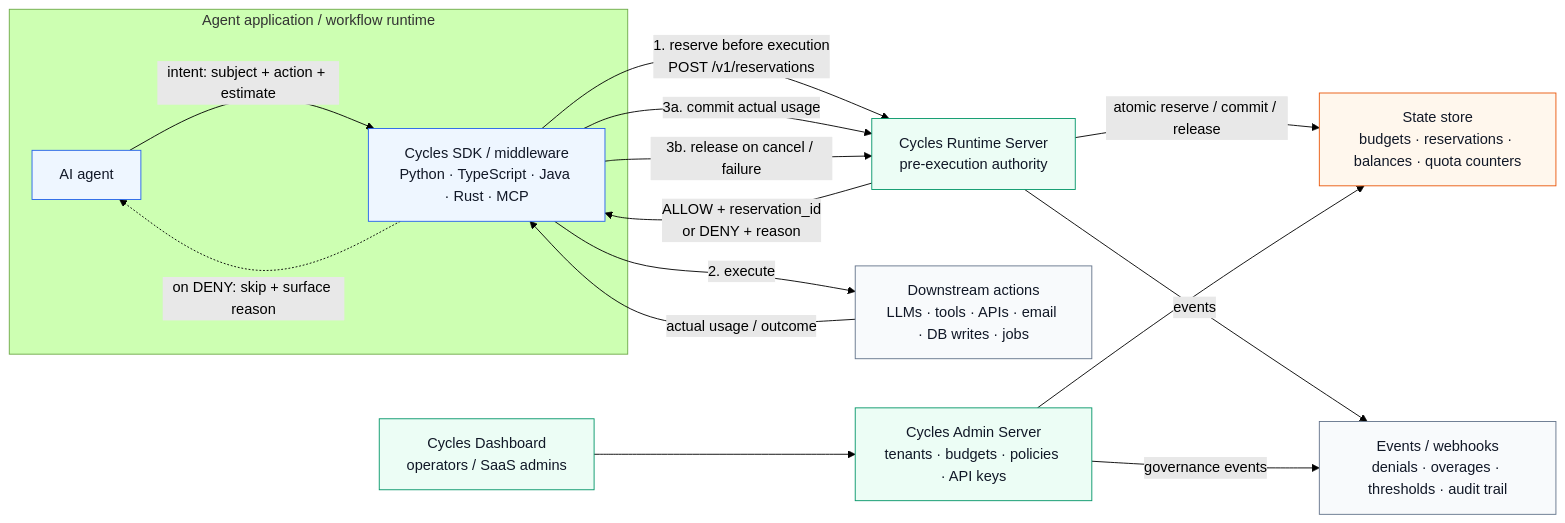
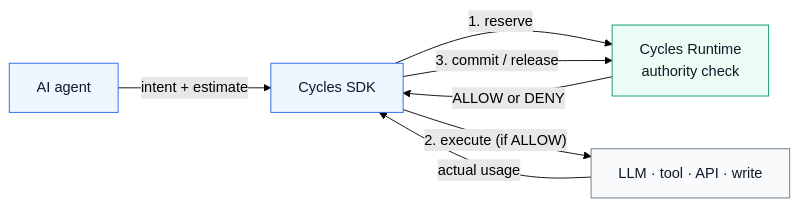
The diagram in profile/README.md (runcycles/.github), drawn with Mermaid (forest theme) before and after one commit. The commit also changed other lines of this file and 1 other file, not shown here.

Commit message:
docs: simplify profile diagram, move full version to ARCHITECTURE.md
The first iteration put the full architecture (11 nodes, governance plane,
state store, events) on the org profile README. That's the right diagram
for someone evaluating the system, but the wrong diagram for someone who
just landed and is asking "what does this do?"

Profile README now shows the minimal 4-node enforcement loop:
  agent → SDK → runtime → action, with reserve/commit return arrows.
6 arrows, 3 colors, reads in ~5 seconds on mobile.

Full diagram moves to a new ARCHITECTURE.md at the repo root. It's
discoverable from the profile diagram caption ("Want the full picture?
See ARCHITECTURE.md"), preserved as a deep-dive reference, and easier to
maintain as a standalone doc than as the README's lead visual.

Component-level deep dive (ports, Lua scripts, auth, deployment topology)
already lives at runcycles.io/quickstart/architecture-overview — linked
from ARCHITECTURE.md so visitors can follow the trail.

````diff
--- a/profile/README.md
+++ b/profile/README.md
@@ -17,48 +15,22 @@
 ```mermaid
 flowchart LR
-  %% =========================
-  %% Agent side
-  %% =========================
-  subgraph APP["Agent application / workflow runtime"]
-    AGENT["AI agent"]
-    SDK["Cycles SDK / middleware<br/>Python · TypeScript · Java · Rust · MCP"]
-    AGENT -->|"intent: subject + action + estimate"| SDK
-  end
+  AGENT["AI agent"]
+  SDK["Cycles SDK"]
+  RUNTIME["Cycles Runtime<br/>authority check"]
+  ACTION["LLM · tool · API · write"]
 
-  %% =========================
-  %% Enforcement path
-  %% =========================
-  SDK -->|"1. reserve before execution<br/>POST /v1/reservations"| RUNTIME["Cycles Runtime Server<br/>pre-execution authority"]
-  RUNTIME -->|"ALLOW + reservation_id<br/>or DENY + reason"| SDK
-  SDK -.->|"on DENY: skip + surface reason"| AGENT
+  AGENT -->|"intent + estimate"| SDK
+  SDK -->|"1. reserve"| RUNTIME
+  RUNTIME -->|"ALLOW or DENY"| SDK
+  SDK -->|"2. execute (if ALLOW)"| ACTION
+  ACTION -->|"actual usage"| SDK
+  SDK -->|"3. commit / release"| RUNTIME
 
-  SDK -->|"2. execute"| ACTIONS["Downstream actions<br/>LLMs · tools · APIs · email · DB writes · jobs"]
-  ACTIONS -->|"actual usage / outcome"| SDK
-
-  SDK -->|"3a. commit actual usage"| RUNTIME
-  SDK -->|"3b. release on cancel / failure"| RUNTIME
-
-  %% =========================
-  %% State and governance
-  %% =========================
-  RUNTIME -->|"atomic reserve / commit / release"| STORE["State store<br/>budgets · reservations · balances · quota counters"]
-
-  ADMIN["Cycles Admin Server<br/>tenants · budgets · policies · API keys"] --> STORE
-  DASH["Cycles Dashboard<br/>operators / SaaS admins"] --> ADMIN
-
-  RUNTIME -->|"events"| EVENTS["Events / webhooks<br/>denials · overages · thresholds · audit trail"]
-  ADMIN -->|"governance events"| EVENTS
-
-  %% =========================
-  %% Styles
-  %% =========================
   classDef primary fill:#eef6ff,stroke:#2563eb,stroke-width:1px,color:#111827;
   classDef runtime fill:#ecfdf5,stroke:#059669,stroke-width:1px,color:#111827;
-  classDef state fill:#fff7ed,stroke:#ea580c,stroke-width:1px,color:#111827;
-  classDef external fill:#f8fafc,stroke:#64748b,stroke-width:1px,color:#111827;
+  classDef action fill:#f8fafc,stroke:#64748b,stroke-width:1px,color:#111827;
 
   class AGENT,SDK primary;
-  class RUNTIME,ADMIN,DASH runtime;
-  class STORE state;
-  class ACTIONS,EVENTS external;
+  class RUNTIME runtime;
+  class ACTION action;
 ```
````
